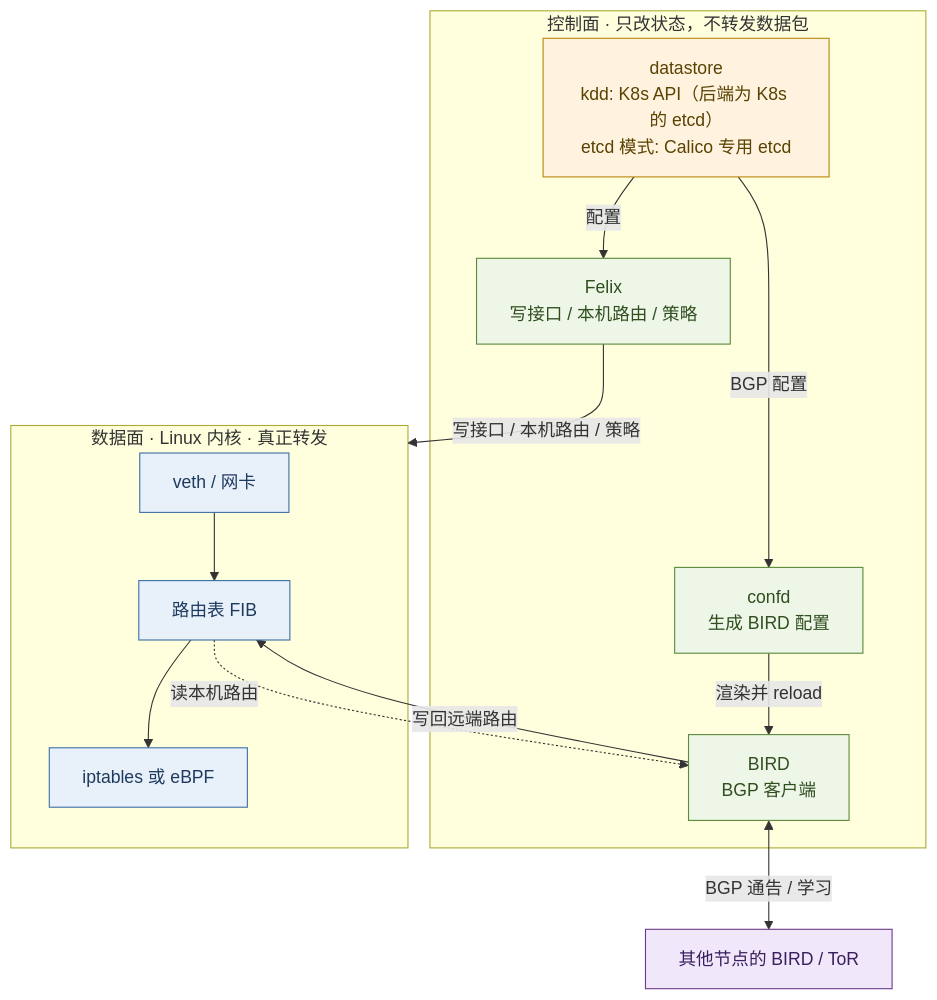
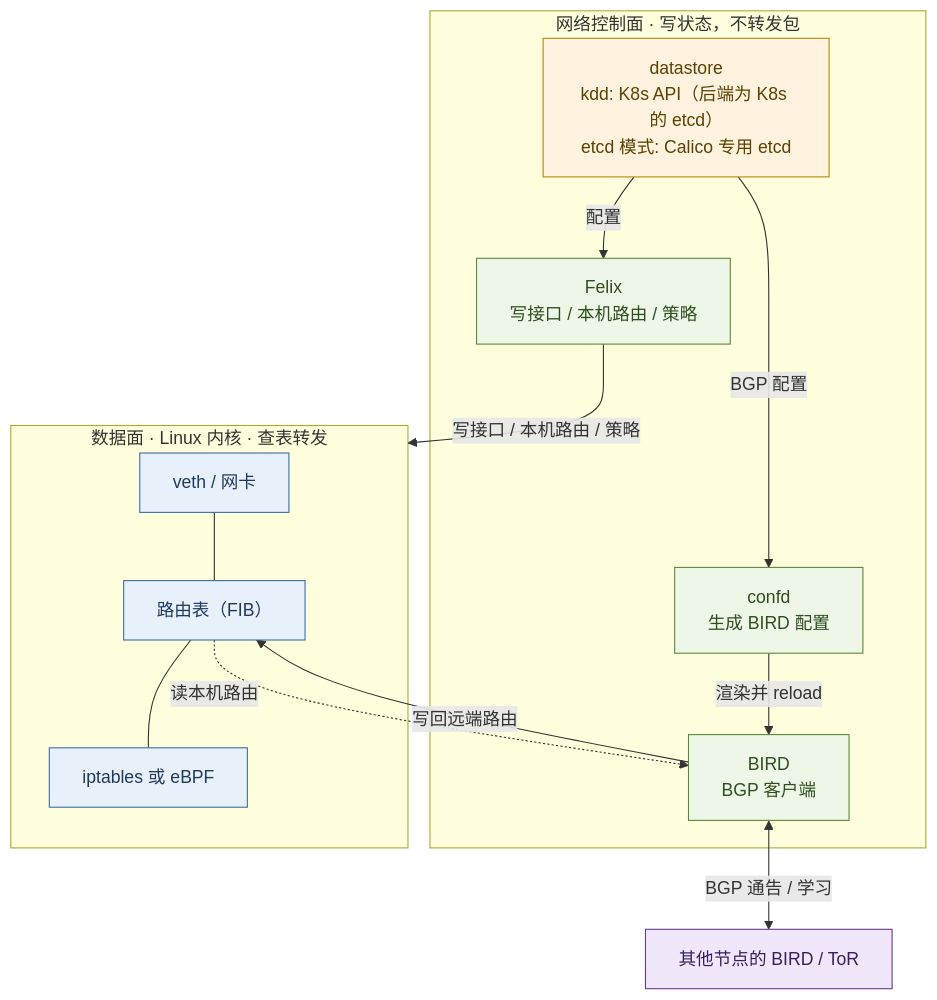
One commit to xiaxinyu/knowledge_base changed the second of 7 diagrams in 20-architecture/24-calico-networking-treatise.md. Above: the diagram before and after it, drawn with Mermaid. The commit also changed other lines of this file and 1 other file, not shown here.

````diff
--- a/20-architecture/24-calico-networking-treatise.md
+++ b/20-architecture/24-calico-networking-treatise.md
@@ -76,31 +98,32 @@
 ```mermaid
 flowchart TB
   classDef store fill:#fff3e0,stroke:#b8860b,color:#5a4200
   classDef proc fill:#eef6e8,stroke:#5a8a3a,color:#2f4f1f
   classDef kern fill:#e8f1fa,stroke:#3b6ea5,color:#1f3a5f
   classDef peer fill:#f0e8fa,stroke:#6a3a8a,color:#3a1f5f
 
-  subgraph 控制面["控制面 · 只改状态，不转发数据包"]
+  subgraph 控制面["网络控制面 · 写状态，不转发包"]
     Store["datastore<br/>kdd: K8s API（后端为 K8s 的 etcd）<br/>etcd 模式: Calico 专用 etcd"]:::store
     Felix["Felix<br/>写接口 / 本机路由 / 策略"]:::proc
     Confd["confd<br/>生成 BIRD 配置"]:::proc
     BIRD["BIRD<br/>BGP 客户端"]:::proc
   end
 
-  subgraph 内核["数据面 · Linux 内核 · 真正转发"]
+  subgraph 内核["数据面 · Linux 内核 · 查表转发"]
     Veth["veth / 网卡"]:::kern
-    FIB["路由表 FIB"]:::kern
+    FIB["路由表（FIB）"]:::kern
     ACL["iptables 或 eBPF"]:::kern
   end
 
   Peer["其他节点的 BIRD / ToR"]:::peer
 
   Store -->|"配置"| Felix
   Store -->|"BGP 配置"| Confd
   Confd -->|"渲染并 reload"| BIRD
   Felix -->|"写接口 / 本机路由 / 策略"| 内核
   FIB -.->|"读本机路由"| BIRD
   BIRD <-->|"BGP 通告 / 学习"| Peer
   BIRD -->|"写回远端路由"| FIB
-  Veth --> FIB --> ACL
+  Veth --- FIB
+  FIB --- ACL
 ```
````
